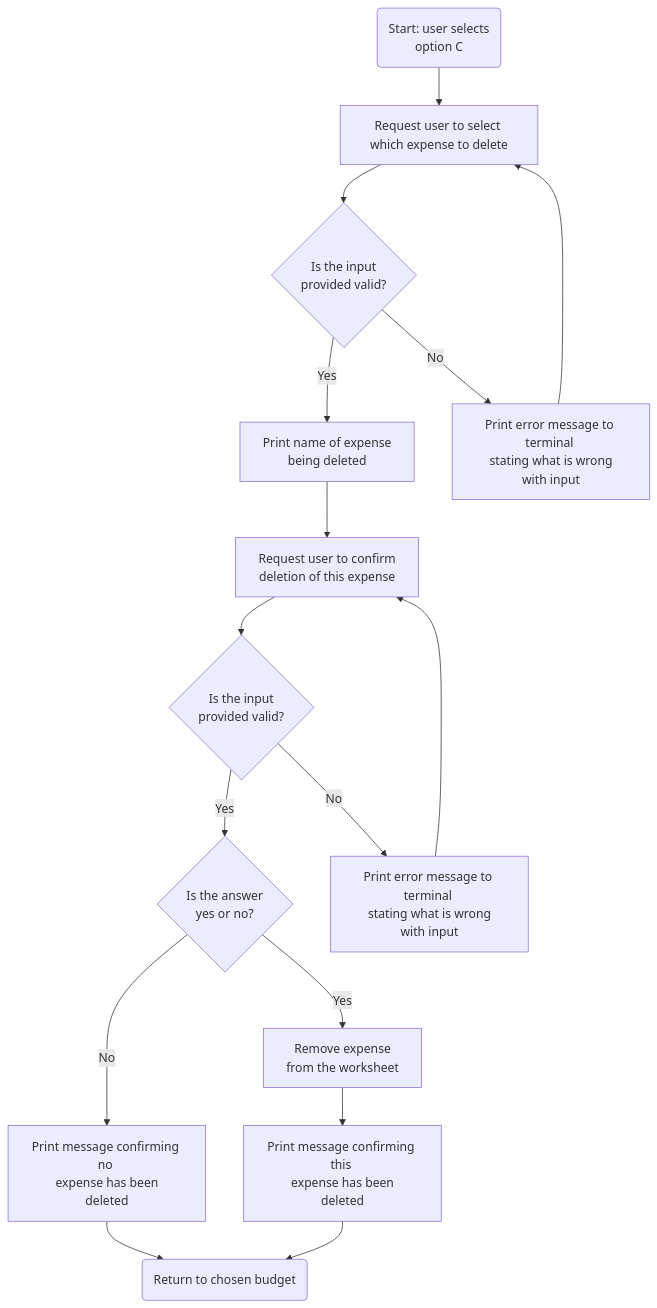
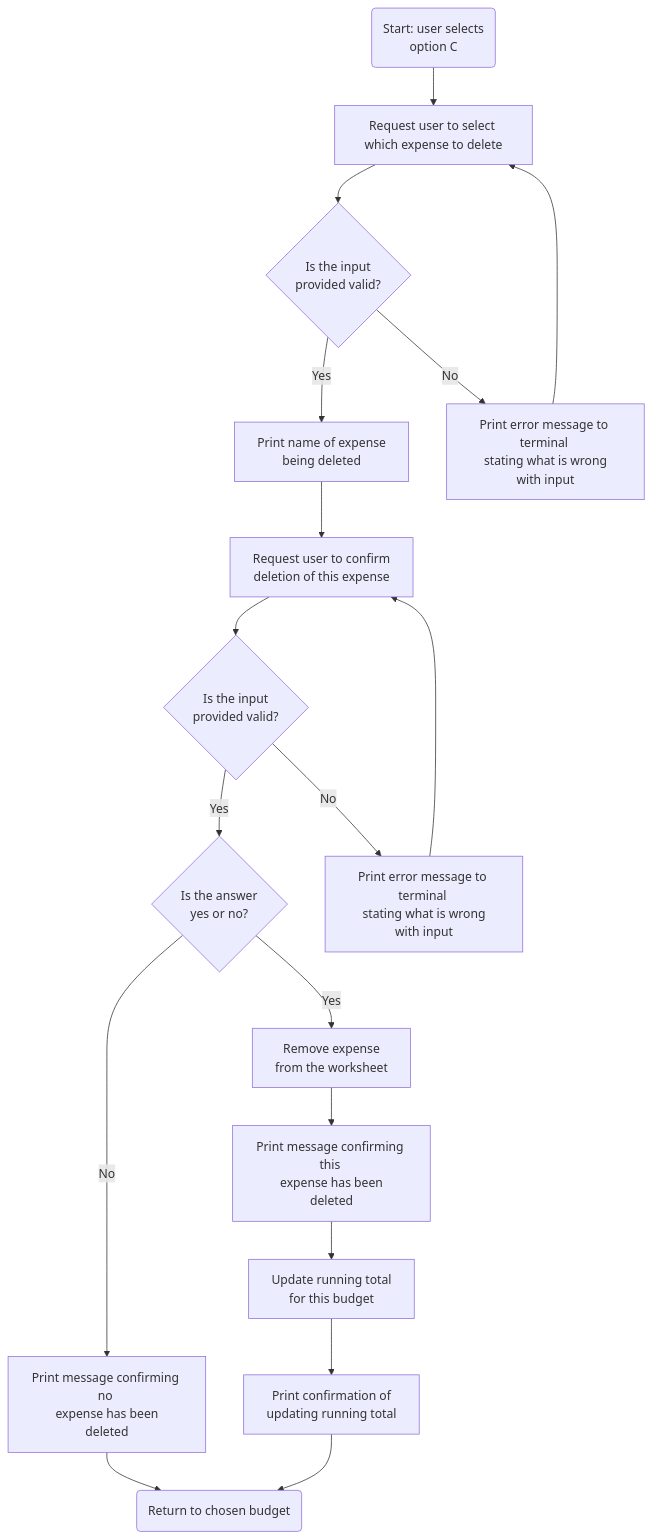
Before and after one commit to EvitaKnits/Cashflow-Companion: the seventh of 8 diagrams in README.md, drawn with Mermaid. The commit also changed other lines of this file and 1 other file, not shown here.

Commit message:
Update docs for update running total functionality

````diff
--- a/README.md
+++ b/README.md
@@ -258,18 +262,20 @@
 ```mermaid
 flowchart TD
     A(Start: user selects \n option C) --> B[Request user to select which expense to delete]
     B --> C{Is the input \n provided valid?}
     C -->|Yes| E[Print name of expense \n being deleted]
     C -->|No| D[Print error message to terminal \n stating what is wrong with input]
     D -->B
     E -->F[Request user to confirm \n deletion of this expense]
     F --> G{Is the input \n provided valid?}
     G -->|Yes| I{Is the answer \n yes or no?}
     G -->|No| H[Print error message to terminal \n stating what is wrong with input]
     H --> F
     I -->|Yes| J[Remove expense \n from the worksheet]
     I --> |No| K[Print message confirming no \n expense has been deleted]
-    K --> M
-    J --> L[Print message confirming this \n expense has been deleted]
-    L --> M(Return to chosen budget)
+    K --> O
+    N --> L[Update running total \n for this budget]
+    L --> M[Print confirmation of \n updating running total]
+    J --> N[Print message confirming this \n expense has been deleted]
+    M --> O(Return to chosen budget)
 ```
````
